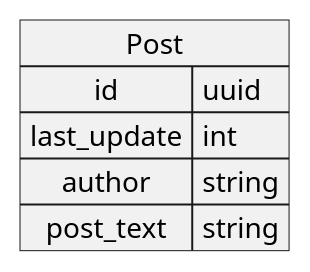
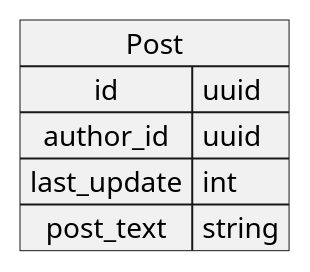
The diagram in doc/ER-post.puml (Navalgan/Service-oriented-architectures), drawn with PlantUML before and after one commit. The commit also changed 16 other files, not shown here.

```diff
--- a/doc/ER-post.puml
+++ b/doc/ER-post.puml
@@ -1,8 +1,8 @@
 @startuml
 map Post {
  id => uuid
+ author_id => uuid
  last_update => int
- author => string
  post_text => string
 }
 @enduml
```
